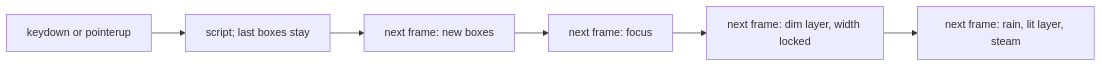
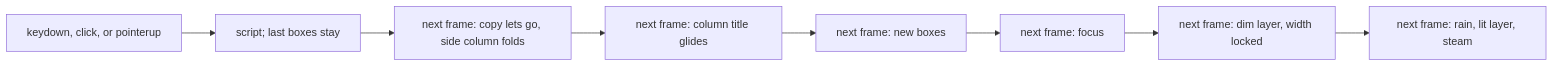
One commit to nessalabs/nessa-agent changed the second of 2 diagrams in docs/design/pane-frame-budget.md. Above: the diagram before and after it, drawn with Mermaid. The commit also changed other lines of this file and 5 other files, not shown here.

First line of the commit message:
Fold a new pane column a frame before its boxes paint.

````diff
--- a/docs/design/pane-frame-budget.md
+++ b/docs/design/pane-frame-budget.md
@@ -98,8 +106,10 @@
 ```mermaid
 flowchart LR
-  input["keydown or pointerup"] --> script["script; last boxes stay"]
-  script --> boxes["next frame: new boxes"]
+  input["keydown, click, or pointerup"] --> script["script; last boxes stay"]
+  script --> fold["next frame: copy lets go, side column folds"]
+  fold --> glide["next frame: column title glides"]
+  glide --> boxes["next frame: new boxes"]
   boxes --> focus["next frame: focus"]
   focus --> dim["next frame: dim layer, width locked"]
   dim --> rest["next frame: rain, lit layer, steam"]
 ```
````
